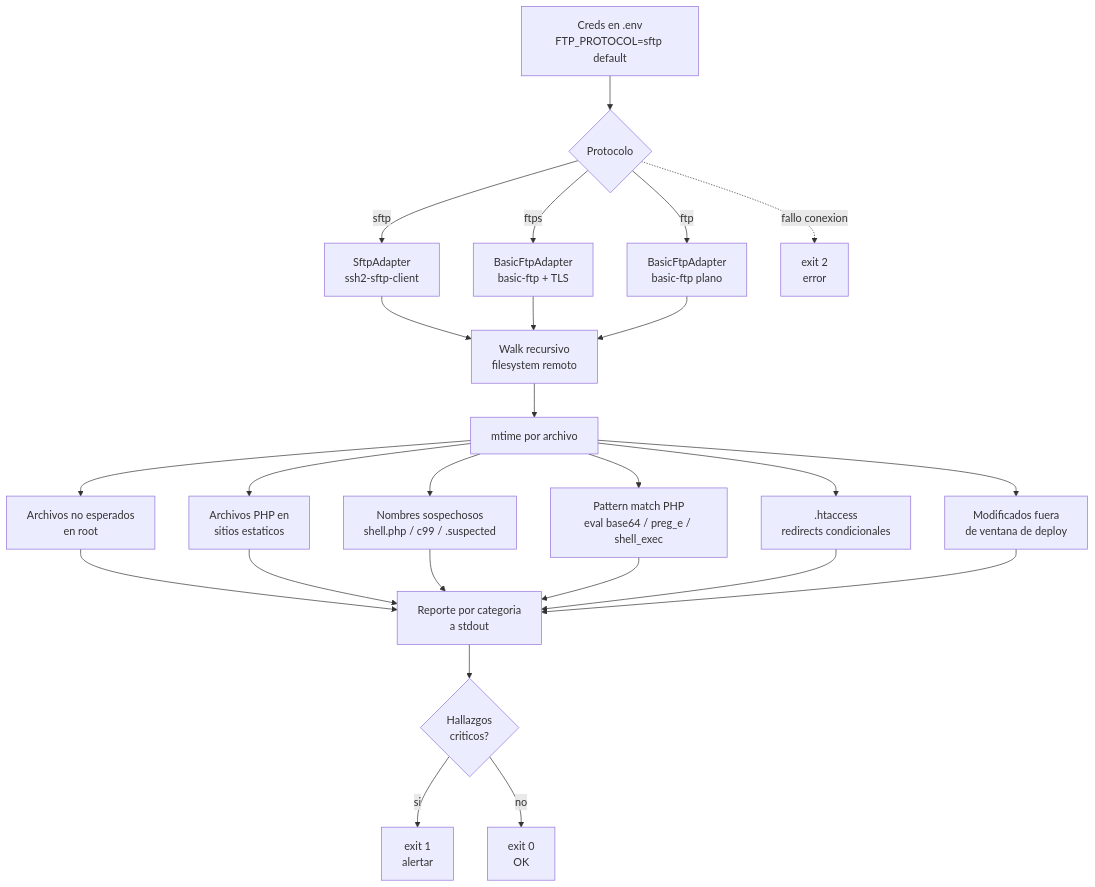
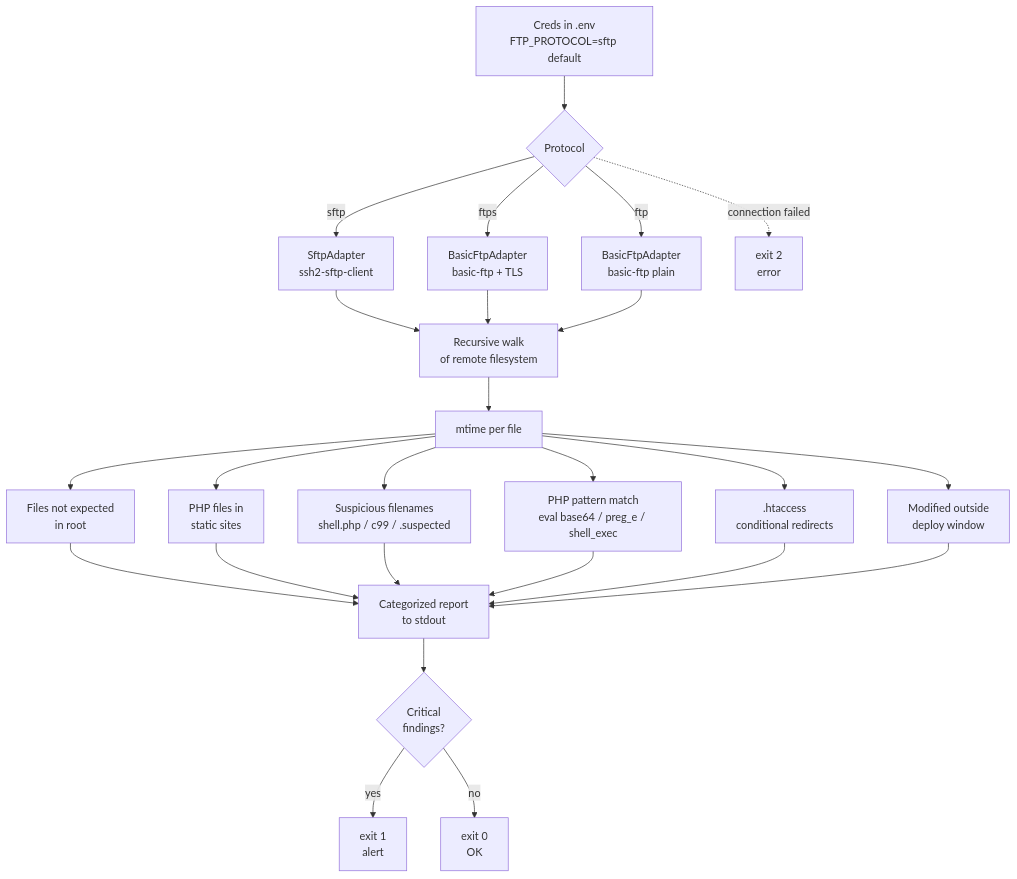
Before and after one commit to sarteta/ftp-audit: the diagram in README.md, drawn with Mermaid. The commit also changed other lines of this file, not shown here.

````diff
--- a/README.md
+++ b/README.md
@@ -19,27 +21,27 @@
 ```mermaid
 flowchart TD
-    A[Creds en .env<br/>FTP_PROTOCOL=sftp default] --> B{Protocolo}
+    A[Creds in .env<br/>FTP_PROTOCOL=sftp default] --> B{Protocol}
     B -->|sftp| S[SftpAdapter<br/>ssh2-sftp-client]
     B -->|ftps| F[BasicFtpAdapter<br/>basic-ftp + TLS]
-    B -->|ftp| P[BasicFtpAdapter<br/>basic-ftp plano]
-    S --> C[Walk recursivo<br/>filesystem remoto]
+    B -->|ftp| P[BasicFtpAdapter<br/>basic-ftp plain]
+    S --> C[Recursive walk<br/>of remote filesystem]
     F --> C
     P --> C
-    C --> D[mtime por archivo]
-    D --> E1[Archivos no esperados<br/>en root]
-    D --> E2[Archivos PHP en<br/>sitios estaticos]
-    D --> E3[Nombres sospechosos<br/>shell.php / c99 / .suspected]
-    D --> E4[Pattern match PHP<br/>eval base64 / preg_e / shell_exec]
-    D --> E5[.htaccess<br/>redirects condicionales]
-    D --> E6[Modificados fuera<br/>de ventana de deploy]
-    E1 --> R[Reporte por categoria<br/>a stdout]
+    C --> D[mtime per file]
+    D --> E1[Files not expected<br/>in root]
+    D --> E2[PHP files in<br/>static sites]
+    D --> E3[Suspicious filenames<br/>shell.php / c99 / .suspected]
+    D --> E4[PHP pattern match<br/>eval base64 / preg_e / shell_exec]
+    D --> E5[.htaccess<br/>conditional redirects]
+    D --> E6[Modified outside<br/>deploy window]
+    E1 --> R[Categorized report<br/>to stdout]
     E2 --> R
     E3 --> R
     E4 --> R
     E5 --> R
     E6 --> R
-    R --> X{Hallazgos<br/>criticos?}
-    X -->|si| EX1[exit 1<br/>alertar]
+    R --> X{Critical<br/>findings?}
+    X -->|yes| EX1[exit 1<br/>alert]
     X -->|no| EX0[exit 0<br/>OK]
-    B -.->|fallo conexion| EX2[exit 2<br/>error]
+    B -.->|connection failed| EX2[exit 2<br/>error]
 ```
````
